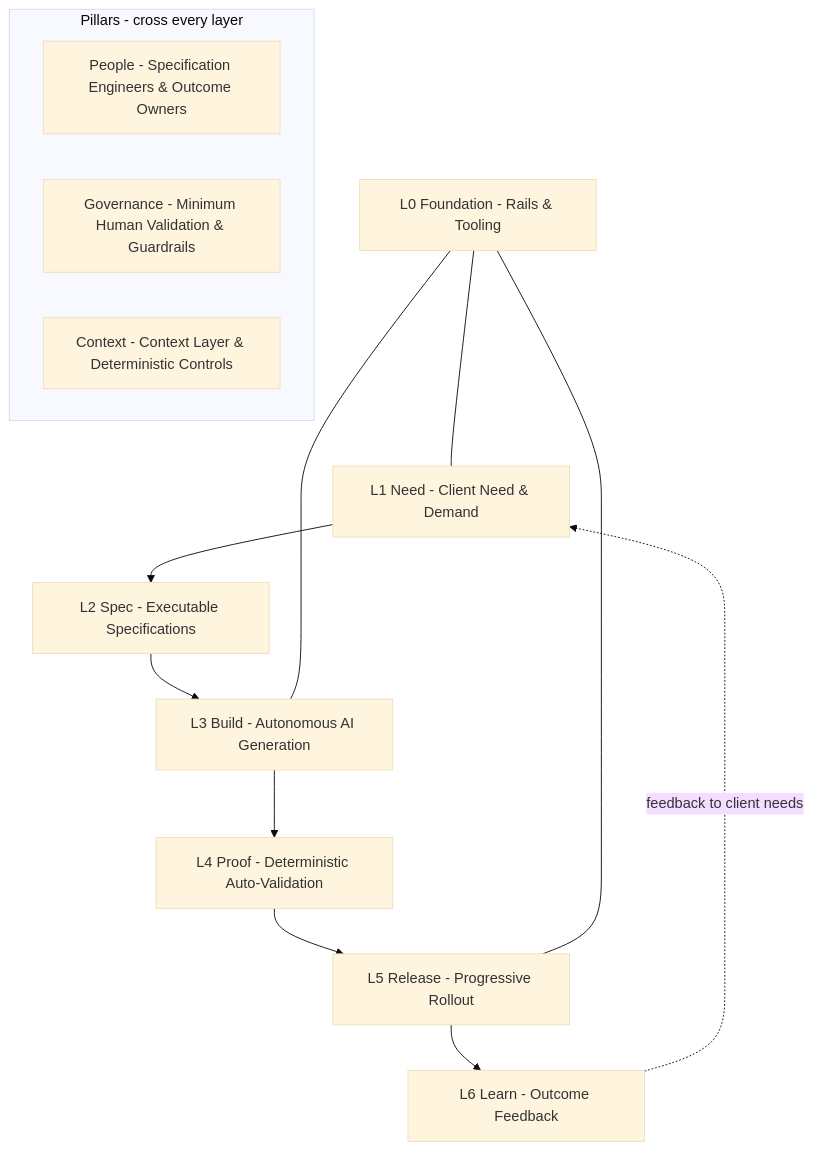
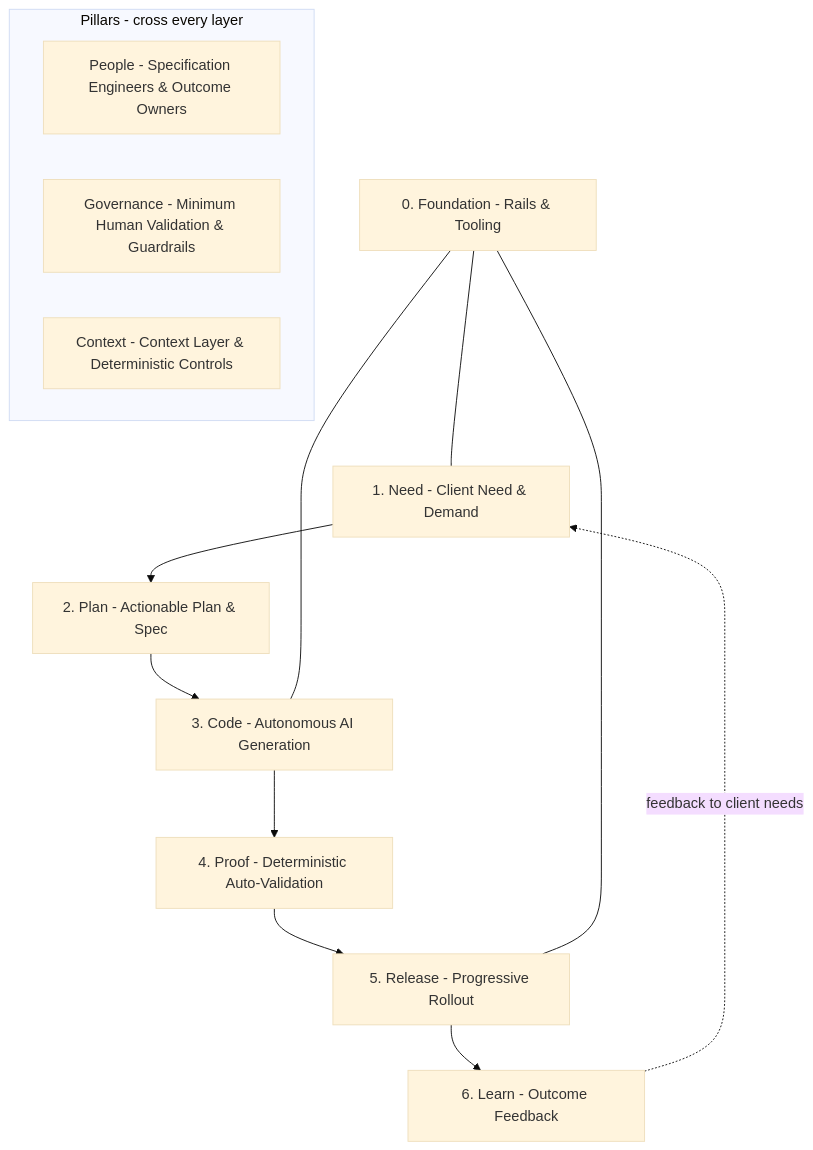
The diagram in website/docs/guide/overview.md (ALTEN-group/agentic-software-factory), drawn with Mermaid (base theme) before and after one commit. The commit also changed other lines of this file and 27 other files, not shown here.

````diff
--- a/website/docs/guide/overview.md
+++ b/website/docs/guide/overview.md
@@ -42,17 +49,17 @@
 ```mermaid
 ---
 caption: Agentic Software Factory layers and pillars
 ---
 
 flowchart TB
   subgraph pillars[Pillars - cross every layer]
     people[People - Specification Engineers & Outcome Owners]
     governance[Governance - Minimum Human Validation & Guardrails]
     context[Context - Context Layer & Deterministic Controls]
   end
-  l1[L1 Need - Client Need & Demand] --> l2[L2 Spec - Executable Specifications] --> l3[L3 Build - Autonomous AI Generation] --> l4[L4 Proof - Deterministic Auto-Validation] --> l5[L5 Release - Progressive Rollout] --> l6[L6 Learn - Outcome Feedback]
+  l1[1. Need - Client Need & Demand] --> l2[2. Plan - Actionable Plan & Spec] --> l3[3. Code - Autonomous AI Generation] --> l4[4. Proof - Deterministic Auto-Validation] --> l5[5. Release - Progressive Rollout] --> l6[6. Learn - Outcome Feedback]
   l6 -. feedback to client needs .-> l1
-  l0[L0 Foundation - Rails & Tooling] --- l1
+  l0[0. Foundation - Rails & Tooling] --- l1
   l0 --- l3
   l0 --- l5
 ```
````
